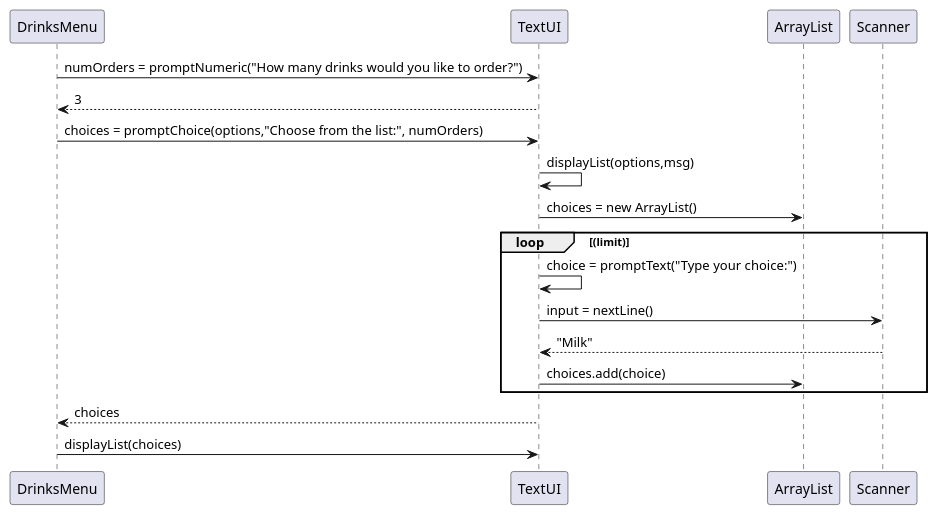
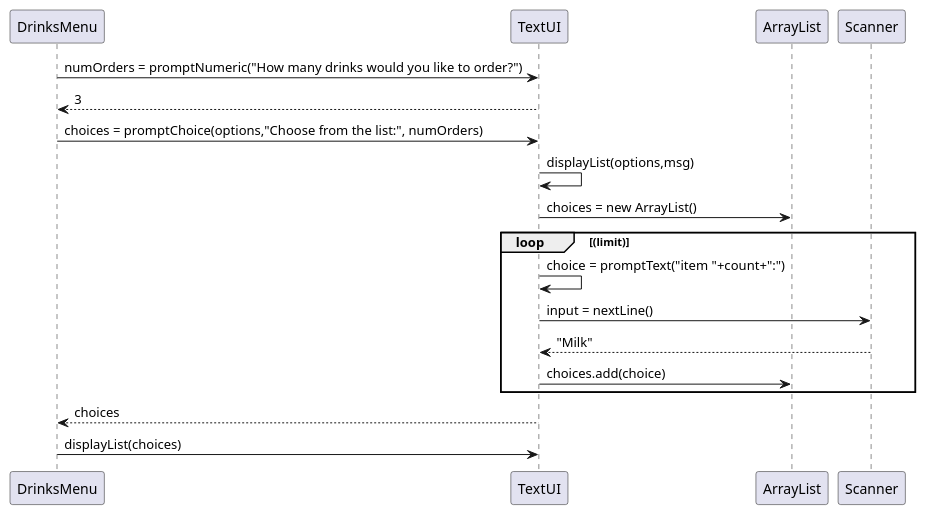
One commit to Eligoon/DrinksMenu changed the diagram in doc/WriteOrder.puml. Above: the diagram before and after it, drawn with PlantUML. The commit also changed 2 other files, not shown here.

```diff
--- a/doc/WriteOrder.puml
+++ b/doc/WriteOrder.puml
@@ -1,22 +1,22 @@
 @startuml
 'https://plantuml.com/sequence-diagram
 
 DrinksMenu -> TextUI: numOrders = promptNumeric("How many drinks would you like to order?")
 TextUI --> DrinksMenu: 3
 
 
 DrinksMenu -> TextUI:choices = promptChoice(options,"Choose from the list:", numOrders)
 
 TextUI -> TextUI: displayList(options,msg)
 TextUI -> ArrayList: choices = new ArrayList()
 
 loop (limit)
-TextUI -> TextUI: choice = promptText("Type your choice:")
+TextUI -> TextUI: choice = promptText("item "+count+":")
 TextUI -> Scanner: input = nextLine()
 Scanner --> TextUI: "Milk"
 TextUI -> ArrayList: choices.add(choice)
 end
 TextUI --> DrinksMenu: choices
 DrinksMenu -> TextUI: displayList(choices)
 
 @enduml
```
